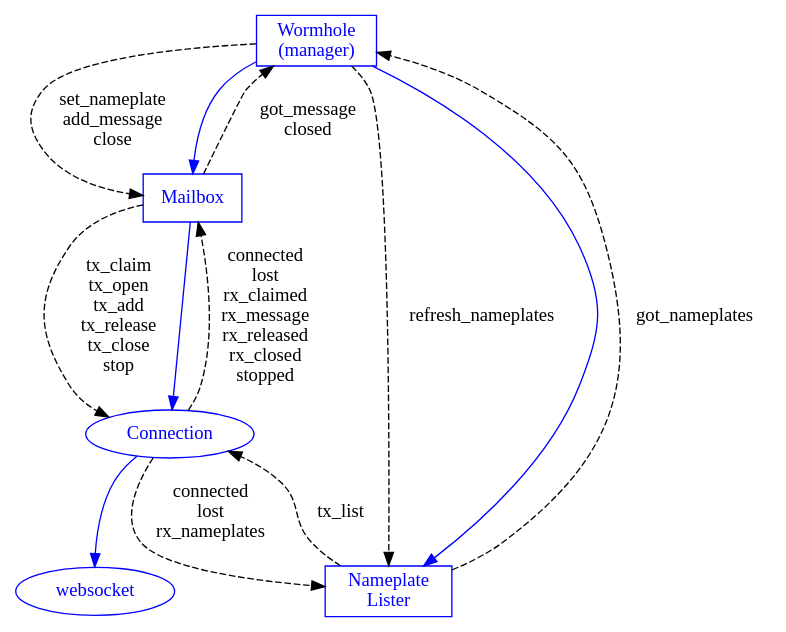
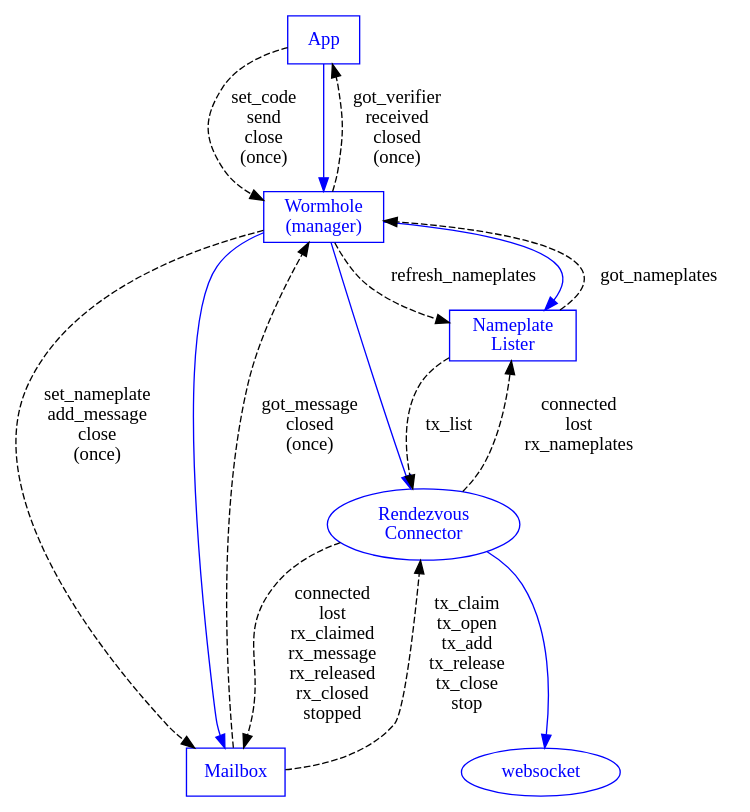
The diagram in docs/machines.dot (magic-wormhole/magic-wormhole), drawn with Graphviz before and after one commit. The commit also changed 1 other file, not shown here.

Commit message:
finish wormhole.dot

```diff
--- a/docs/machines.dot
+++ b/docs/machines.dot
@@ -1,42 +1,51 @@
 digraph {
+        App [shape="box" color="blue" fontcolor="blue"]
         Wormhole [shape="box" label="Wormhole\n(manager)"
                   color="blue" fontcolor="blue"]
         Mailbox [shape="box" color="blue" fontcolor="blue"]
-        Connection [shape="oval" color="blue" fontcolor="blue"]
+        Connection [label="Rendezvous\nConnector"
+                    shape="oval" color="blue" fontcolor="blue"]
         websocket [shape="oval" color="blue" fontcolor="blue"]
         Nameplates [shape="box" label="Nameplate\nLister"
-                    color="blue" fontcolor="blue"]
+                    color="blue" fontcolor="blue"
+                    ]
 
         Connection -> websocket [color="blue"]
 
+        App -> Wormhole [style="dashed" label="set_code\nsend\nclose\n(once)"]
+        App -> Wormhole [color="blue"]
+        Wormhole -> App [style="dashed" label="got_verifier\nreceived\nclosed\n(once)"]
+
+        Wormhole -> Connection [color="blue"]
+
         Wormhole -> Mailbox [style="dashed"
-                             label="set_nameplate\nadd_message\nclose"
+                             label="set_nameplate\nadd_message\nclose\n(once)"
                              ]
         Wormhole -> Mailbox [color="blue"]
         Mailbox -> Wormhole [style="dashed"
-                             label="got_message\nclosed"
+                             label="got_message\nclosed\n(once)"
                              ]
+
         Mailbox -> Connection [style="dashed"
                                label="tx_claim\ntx_open\ntx_add\ntx_release\ntx_close\nstop"
                                ]
-        Mailbox -> Connection [color="blue"]
         Connection -> Mailbox [style="dashed"
                                label="connected\nlost\nrx_claimed\nrx_message\nrx_released\nrx_closed\nstopped"]
 
         Wormhole -> Nameplates [style="dashed"
                                 label="refresh_nameplates"
                                 ]
         Wormhole -> Nameplates [color="blue"]
         Nameplates -> Wormhole [style="dashed"
                                 label="got_nameplates"
                                 ]
         Connection -> Nameplates [style="dashed"
                                   label="connected\nlost\nrx_nameplates"
                                   ]
         Nameplates -> Connection [style="dashed"
                                   label="tx_list"
                                   ]
 
 
 
 }
```
